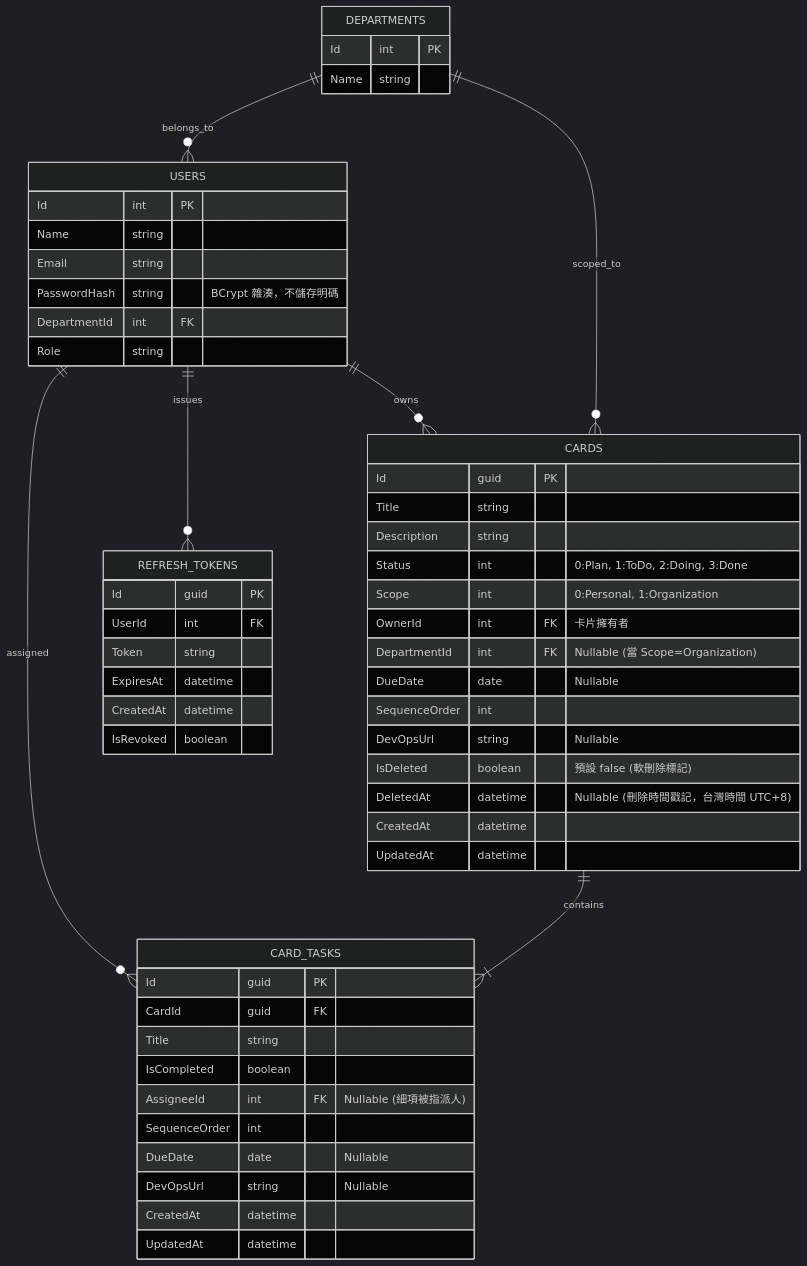
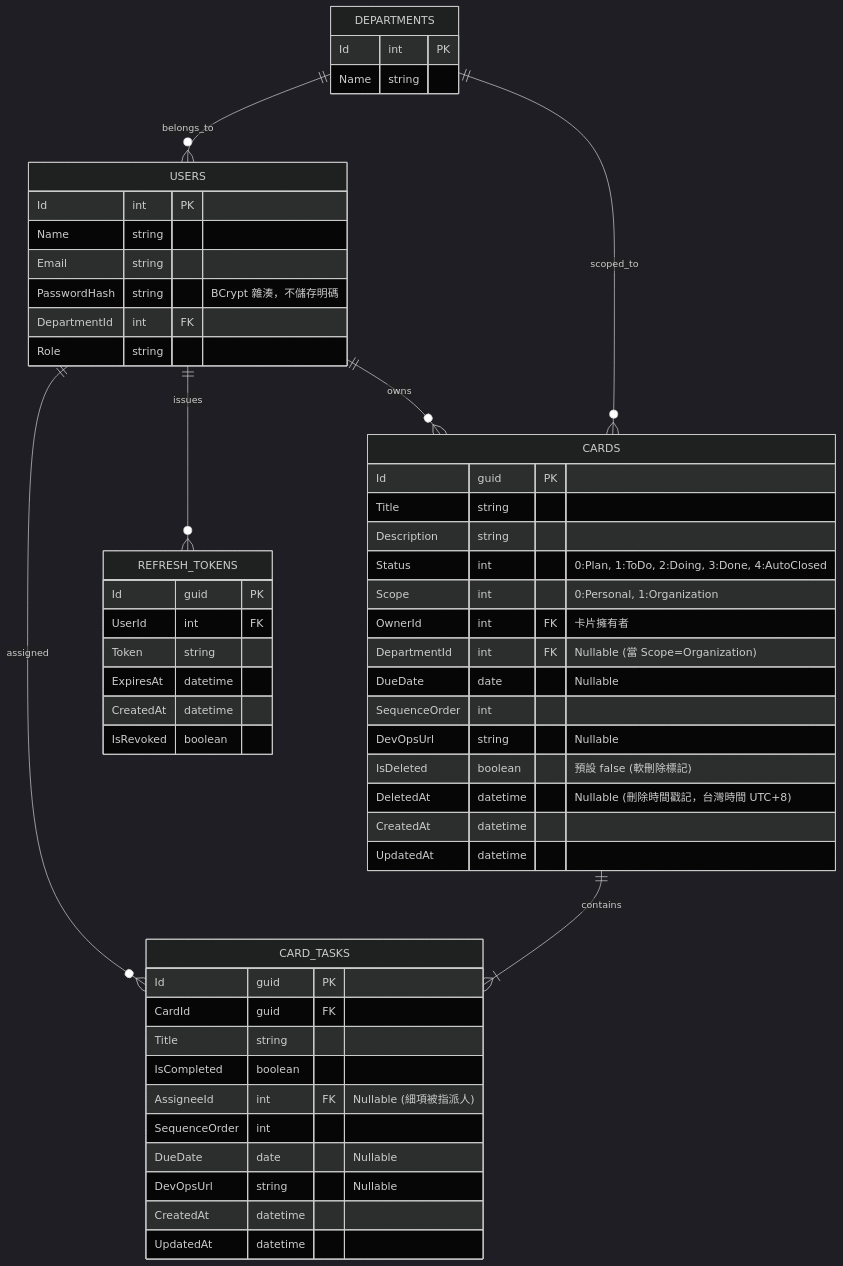
The second of 2 diagrams in kanban_system_architecture_plan.md (JamesFu168/Dashboard), drawn with Mermaid (dark theme) before and after one commit. The commit also changed other lines of this file and 7 other files, not shown here.

Commit message:
feat: 新增自動結案狀態 (AutoClosed) 及相關 API，並更新權限檢查與看板顯示邏輯

````diff
--- a/kanban_system_architecture_plan.md
+++ b/kanban_system_architecture_plan.md
@@ -51,63 +51,63 @@
 ```mermaid
 erDiagram
     USERS ||--o{ CARDS : owns
     USERS ||--o{ CARD_TASKS : assigned
     DEPARTMENTS ||--o{ USERS : belongs_to
     DEPARTMENTS ||--o{ CARDS : scoped_to
     CARDS ||--|{ CARD_TASKS : contains
 
     USERS ||--o{ REFRESH_TOKENS : issues
 
     USERS {
         Id int PK
         Name string
         Email string
         PasswordHash string "BCrypt 雜湊，不儲存明碼"
         DepartmentId int FK
         Role string
     }
 
     DEPARTMENTS {
         Id int PK
         Name string
     }
 
     REFRESH_TOKENS {
         Id guid PK
         UserId int FK
         Token string
         ExpiresAt datetime
         CreatedAt datetime
         IsRevoked boolean
     }
 
     CARDS {
         Id guid PK
         Title string
         Description string
-        Status int "0:Plan, 1:ToDo, 2:Doing, 3:Done"
+        Status int "0:Plan, 1:ToDo, 2:Doing, 3:Done, 4:AutoClosed"
         Scope int "0:Personal, 1:Organization"
         OwnerId int FK "卡片擁有者"
         DepartmentId int FK "Nullable (當 Scope=Organization)"
         DueDate date "Nullable"
         SequenceOrder int
         DevOpsUrl string "Nullable"
         IsDeleted boolean "預設 false (軟刪除標記)"
         DeletedAt datetime "Nullable (刪除時間戳記，台灣時間 UTC+8)"
         CreatedAt datetime
         UpdatedAt datetime
     }
 
     CARD_TASKS {
         Id guid PK
         CardId guid FK
         Title string
         IsCompleted boolean
         AssigneeId int FK "Nullable (細項被指派人)"
         SequenceOrder int
         DueDate date "Nullable"
         DevOpsUrl string "Nullable"
         CreatedAt datetime
         UpdatedAt datetime
     }
 ```
````
